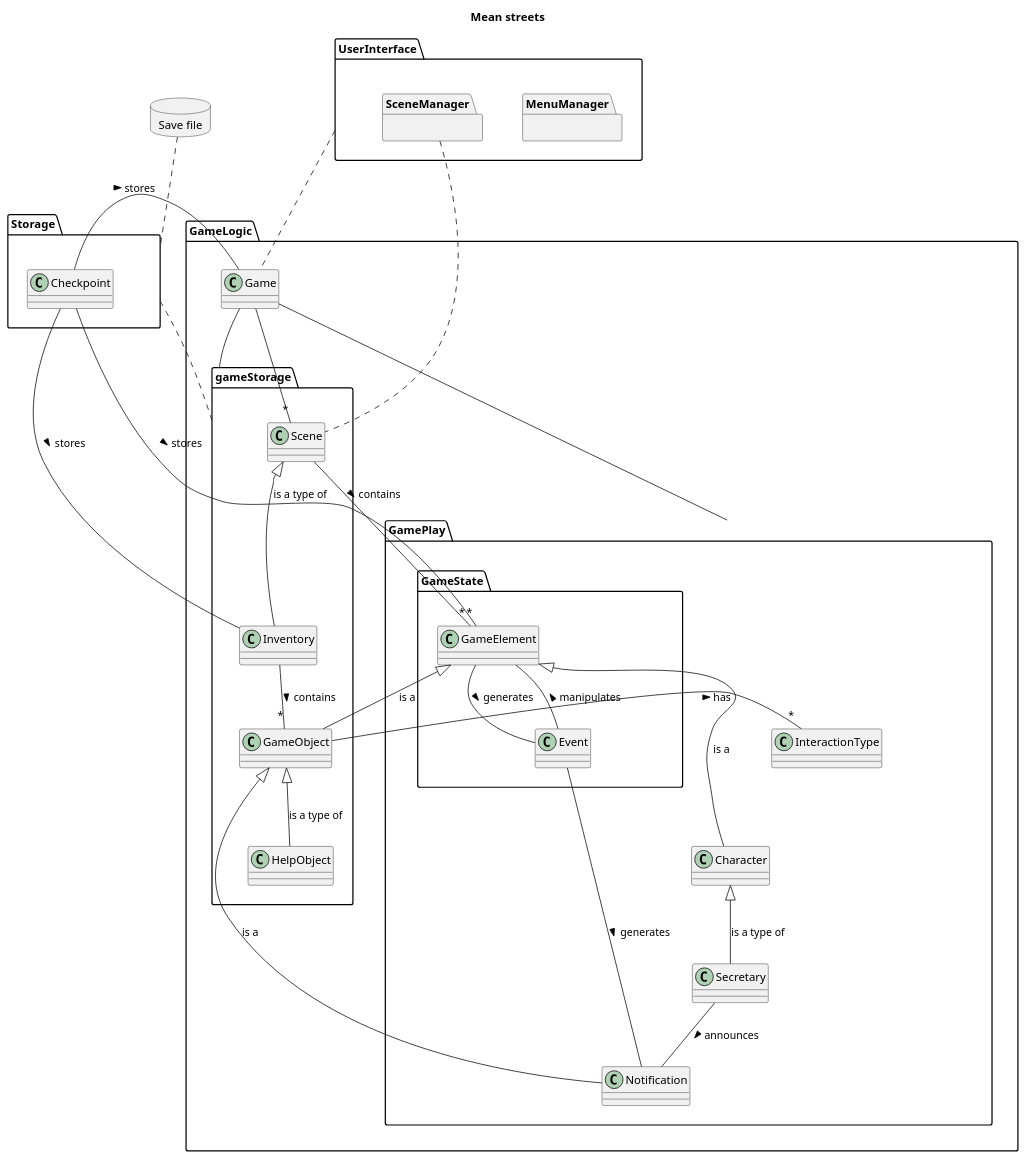
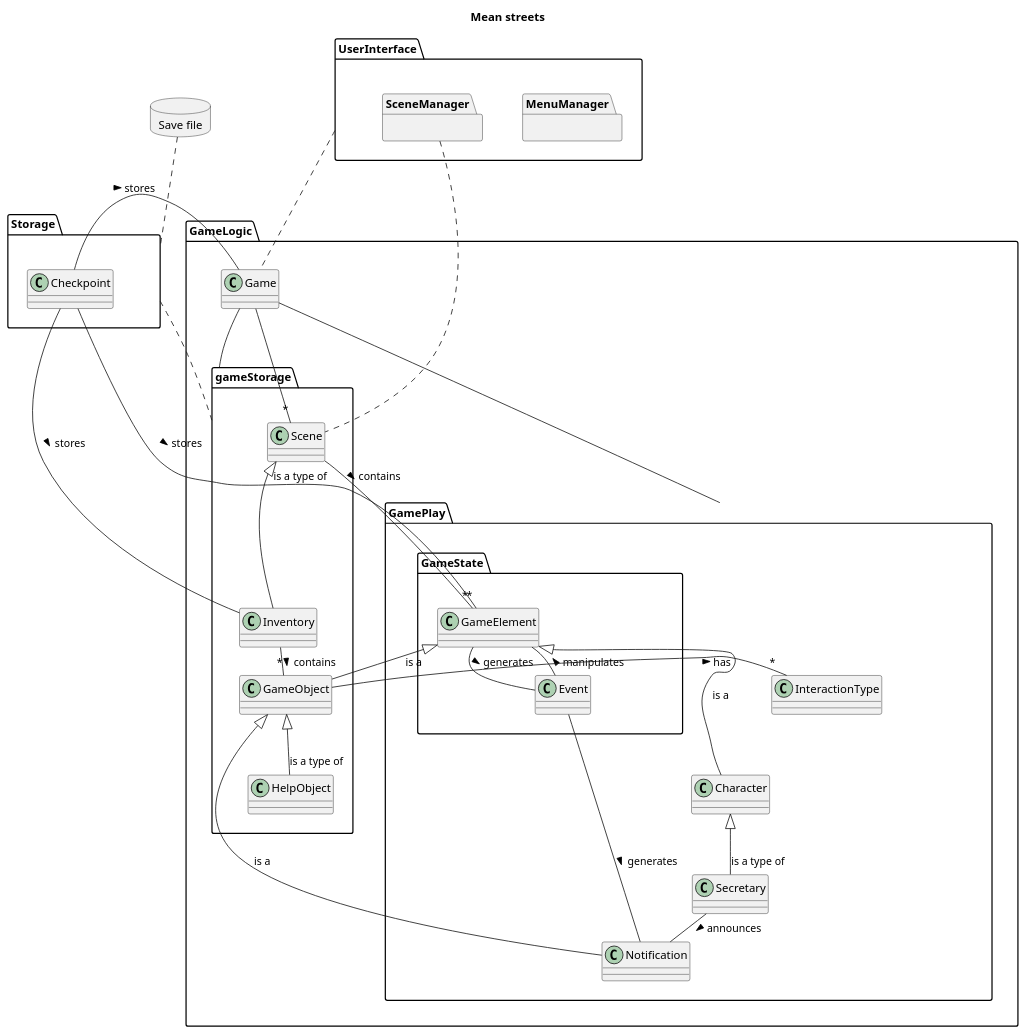
The diagram in architectDiagram.pu (NoahHakansson/SE-PA1460), drawn with PlantUML before and after one commit.

Commit message:
fixed formating

```diff
--- a/architectDiagram.pu
+++ b/architectDiagram.pu
@@ -1,73 +1,73 @@
 @startuml
 
 skinparam nodesep 50
-skinparam ranksep 0
+skinparam ranksep 10
 
 title Mean streets
 top to bottom direction
 database "Save file" {
 }
 package UserInterface {
     package MenuManager {}
     package SceneManager {}
 }
 
 package GameLogic {
     class Game
     package gameStorage {
         class Inventory
         class GameObject
         class HelpObject
         class Scene
     }
 
 
     package GamePlay {
         class InteractionType
         class Secretary
         class Character
         class Notification
         package GameState {
             class GameElement
             class Event
         }
     }
 }
 
 package Storage {
     class Checkpoint
 }
 
 "Save file".. Storage
 UserInterface .. Game
 SceneManager .. Scene
 Storage .. gameStorage
 
 
 InteractionType -[hidden]up- GameState
 Character -[hidden]up- GameState
 Secretary -[hidden]up- GameState
 Notification -[hidden]up- GameState
 InteractionType -[hidden]down- Character
 
 Game - gameStorage
-Game -- GamePlay
+Game - GamePlay
 
 Game -- "*" Scene
 Checkpoint -- "*" GameElement : stores >
 Checkpoint -- Inventory : stores >
 Checkpoint - Game : stores >
 Character <|-- Secretary : is a type of
 GameElement <|-- GameObject : is a
 GameElement <|-- Character : is a
 Scene - "*" GameElement : contains >
 Scene <|-- Inventory : is a type of
 Inventory -- "*" GameObject : contains >
 GameElement -- Event : generates >
 Event -- Notification : generates >
 Event -- GameElement : manipulates >
 Secretary -- Notification : announces >
 GameObject <|-- HelpObject : is a type of
 GameObject <|-- Notification : is a
 GameObject -- "*" InteractionType : has >
 @enduml
```
